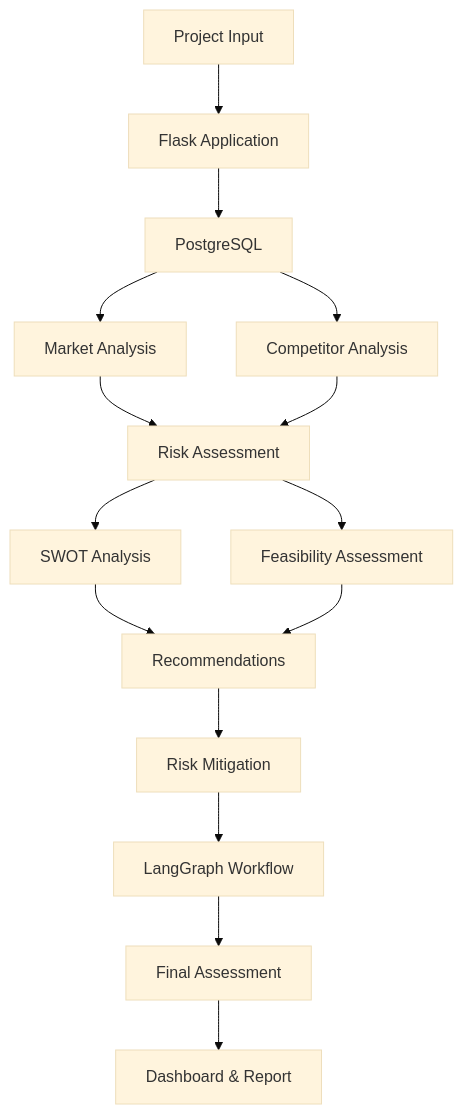
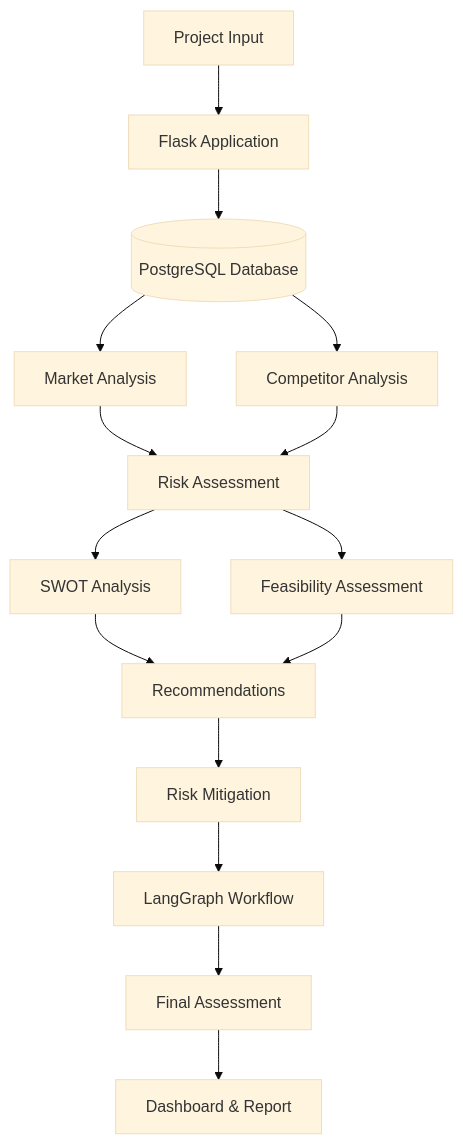
Before and after one commit to kharshith-cloud/Failure-Prediction-AI-Startup-Project-Risk-Analyzer: the diagram in README.md, drawn with Mermaid (base theme). The commit also changed other lines of this file and 4 other files, not shown here.

````diff
--- a/README.md
+++ b/README.md
@@ -134,17 +132,22 @@
 ```mermaid
 flowchart TD
     A[Project Input] --> B[Flask Application]
-    B --> C[PostgreSQL]
+    B --> C[(PostgreSQL Database)]
+
     C --> D[Market Analysis]
     C --> E[Competitor Analysis]
+
     D --> F[Risk Assessment]
     E --> F
+
     F --> G[SWOT Analysis]
     F --> H[Feasibility Assessment]
+
     G --> I[Recommendations]
     H --> I
+
     I --> J[Risk Mitigation]
     J --> K[LangGraph Workflow]
     K --> L[Final Assessment]
     L --> M[Dashboard & Report]
 ```
````
